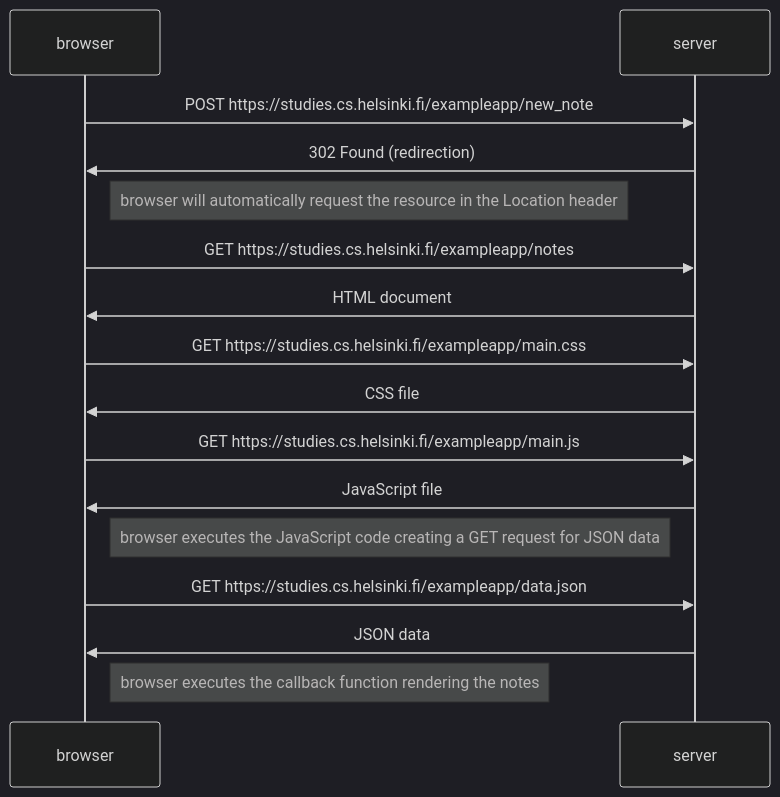
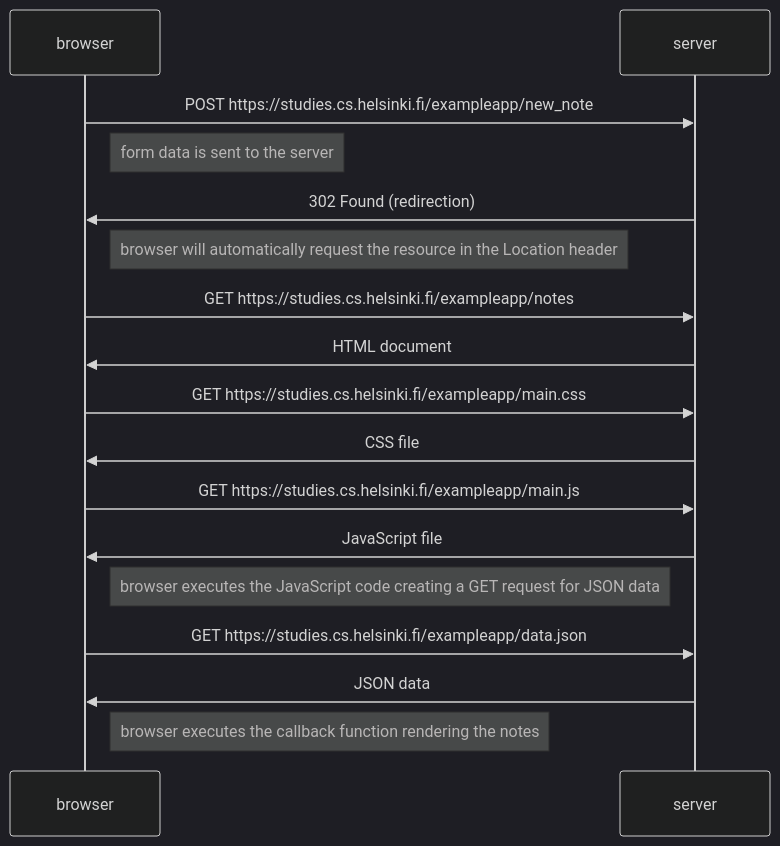
Before and after one commit to makelannika/full_stack_open: the diagram in part0/0.4.md, drawn with Mermaid (dark theme).

````diff
--- a/part0/0.4.md
+++ b/part0/0.4.md
@@ -1,25 +1,28 @@
 ```mermaid
 
 sequenceDiagram
     participant browser
     participant server
 
     browser->>server: POST https://studies.cs.helsinki.fi/exampleapp/new_note
+
+    Note right of browser: form data is sent to the server
+
     server->>browser: 302 Found (redirection)
 
     Note right of browser: browser will automatically request the resource in the Location header
 
     browser->>server: GET https://studies.cs.helsinki.fi/exampleapp/notes
     server->>browser: HTML document
     browser->>server: GET https://studies.cs.helsinki.fi/exampleapp/main.css
     server->>browser: CSS file
     browser->>server: GET https://studies.cs.helsinki.fi/exampleapp/main.js
     server->>browser: JavaScript file
 
     Note right of browser: browser executes the JavaScript code creating a GET request for JSON data
 
     browser->>server: GET https://studies.cs.helsinki.fi/exampleapp/data.json
     server->>browser: JSON data
 
     Note right of browser: browser executes the callback function rendering the notes
 ```
````
